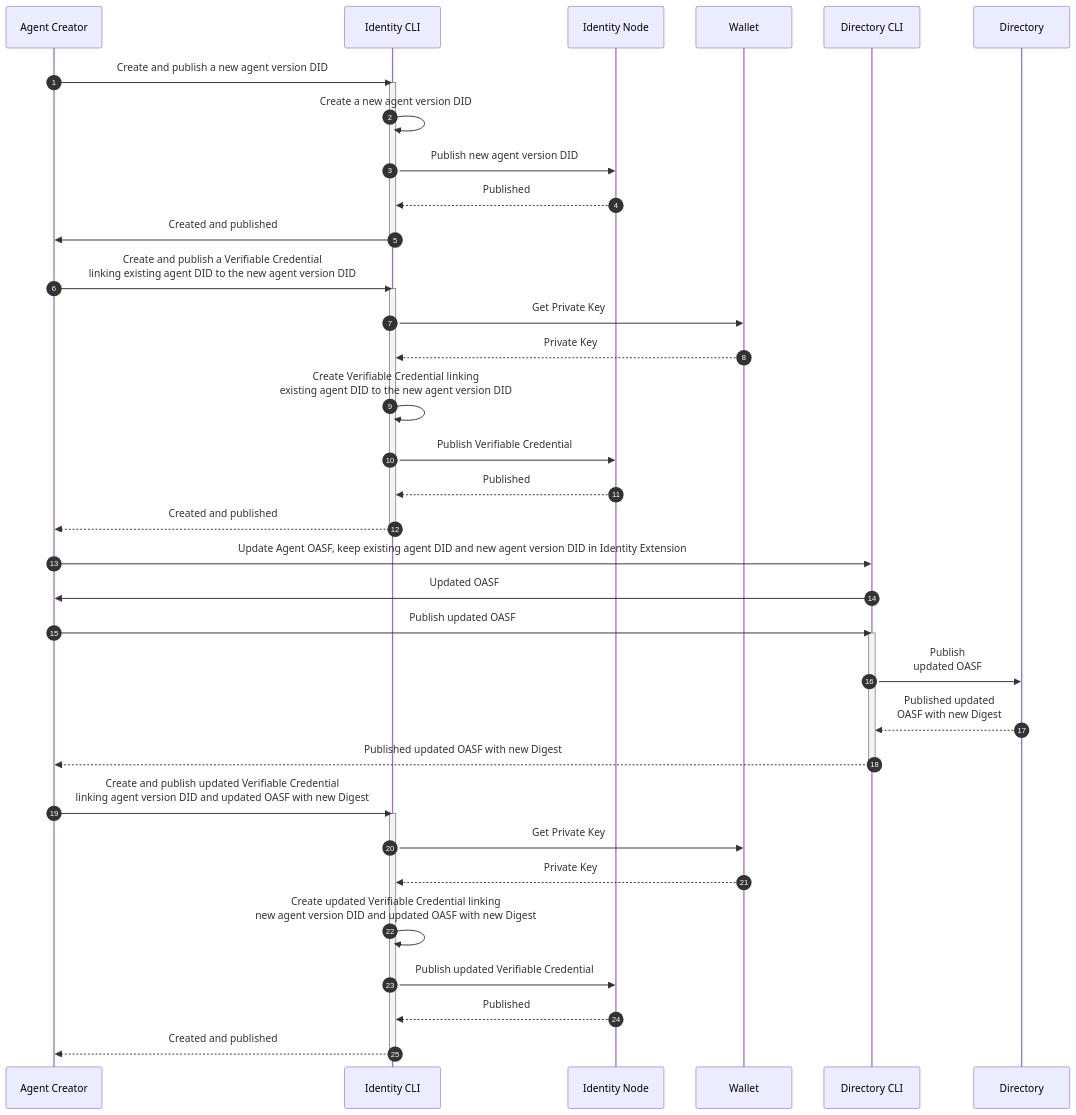
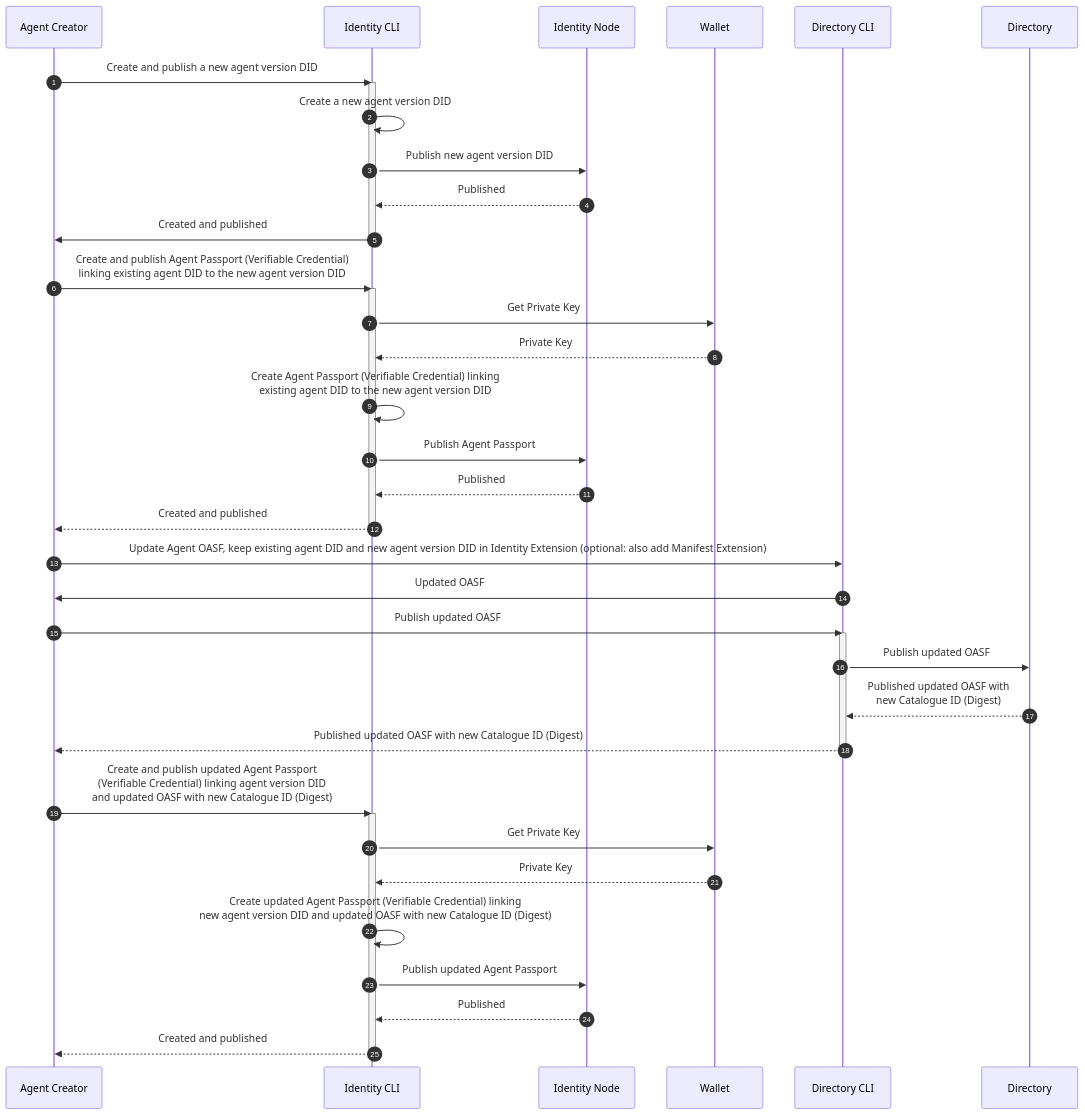
One commit to agntcy/identity-spec changed the second of 3 diagrams in docs-src/docs/specs/flows/agntcy.md. Above: the diagram before and after it, drawn with Mermaid. The commit also changed other lines of this file, not shown here.

````diff
--- a/docs-src/docs/specs/flows/agntcy.md
+++ b/docs-src/docs/specs/flows/agntcy.md
@@ -72,48 +72,48 @@
 ```mermaid
 sequenceDiagram
 autonumber
 
 % Create a new agent version DID
 Agent Creator->>Identity CLI: Create and publish a new agent version DID
 activate Identity CLI
 Identity CLI->>Identity CLI: Create a new agent version DID
 Identity CLI->>Identity Node: Publish new agent version DID
 Identity Node-->>Identity CLI: Published
 Identity CLI->>Agent Creator: Created and published
 deactivate Identity CLI
 
 % Create + publish a Verifiable Credential linking the agent to the new agent version
-Agent Creator->>Identity CLI: Create and publish a Verifiable Credential<br/>linking existing agent DID to the new agent version DID
+Agent Creator->>Identity CLI: Create and publish Agent Passport (Verifiable Credential)<br/>linking existing agent DID to the new agent version DID
 activate Identity CLI
 Identity CLI->>Wallet: Get Private Key
 Wallet-->>Identity CLI: Private Key
-Identity CLI->>Identity CLI: Create Verifiable Credential linking<br/>existing agent DID to the new agent version DID
-Identity CLI->>Identity Node: Publish Verifiable Credential
+Identity CLI->>Identity CLI: Create Agent Passport (Verifiable Credential) linking<br/>existing agent DID to the new agent version DID
+Identity CLI->>Identity Node: Publish Agent Passport
 Identity Node-->>Identity CLI: Published
 Identity CLI-->>Agent Creator: Created and published
 deactivate Identity CLI
 
 % Update the agent's OASF
-Agent Creator->>Directory CLI: Update Agent OASF, keep existing agent DID and new agent version DID in Identity Extension
+Agent Creator->>Directory CLI: Update Agent OASF, keep existing agent DID and new agent version DID in Identity Extension (optional: also add Manifest Extension)
 Directory CLI->>Agent Creator: Updated OASF
 
 % Publish updated agent OASF
 Agent Creator->>Directory CLI: Publish updated OASF
 activate Directory CLI
-Directory CLI->>Directory: Publish<br/>updated OASF
-Directory-->>Directory CLI: Published updated<br/>OASF with new Digest
-Directory CLI-->>Agent Creator: Published updated OASF with new Digest
+Directory CLI->>Directory: Publish updated OASF
+Directory-->>Directory CLI: Published updated OASF with<br/>new Catalogue ID (Digest)
+Directory CLI-->>Agent Creator: Published updated OASF with new Catalogue ID (Digest)
 deactivate Directory CLI
 
 % Publish updated Verifiable Credential
 
-Agent Creator->>Identity CLI: Create and publish updated Verifiable Credential<br/>linking agent version DID and updated OASF with new Digest
+Agent Creator->>Identity CLI: Create and publish updated Agent Passport<br/>(Verifiable Credential) linking agent version DID<br/>and updated OASF with new Catalogue ID (Digest)
 activate Identity CLI
 Identity CLI->>Wallet: Get Private Key
 Wallet-->>Identity CLI: Private Key
-Identity CLI->>Identity CLI: Create updated Verifiable Credential linking<br/>new agent version DID and updated OASF with new Digest
-Identity CLI->>Identity Node: Publish updated Verifiable Credential
+Identity CLI->>Identity CLI: Create updated Agent Passport (Verifiable Credential) linking<br/>new agent version DID and updated OASF with new Catalogue ID (Digest)
+Identity CLI->>Identity Node: Publish updated Agent Passport
 Identity Node-->>Identity CLI: Published
 Identity CLI-->>Agent Creator: Created and published
 deactivate Identity CLI
 ```
````
